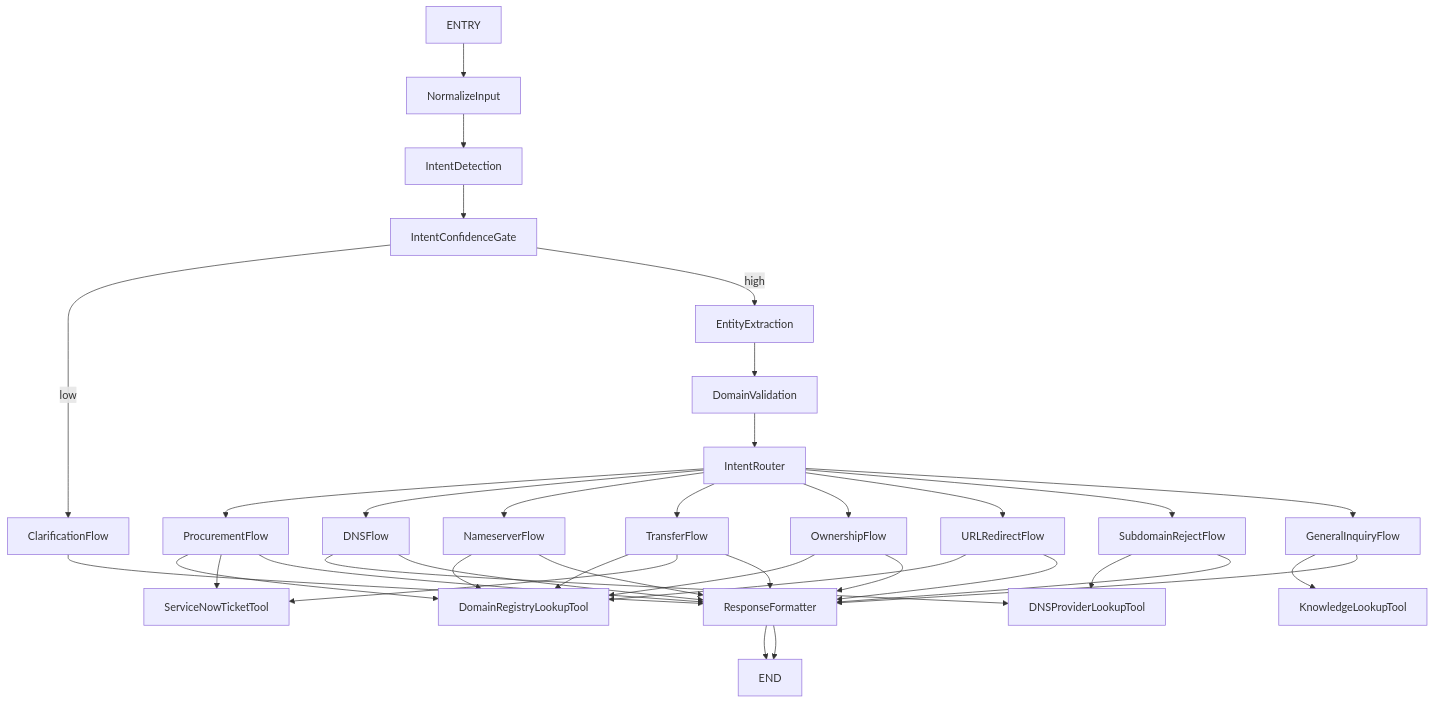
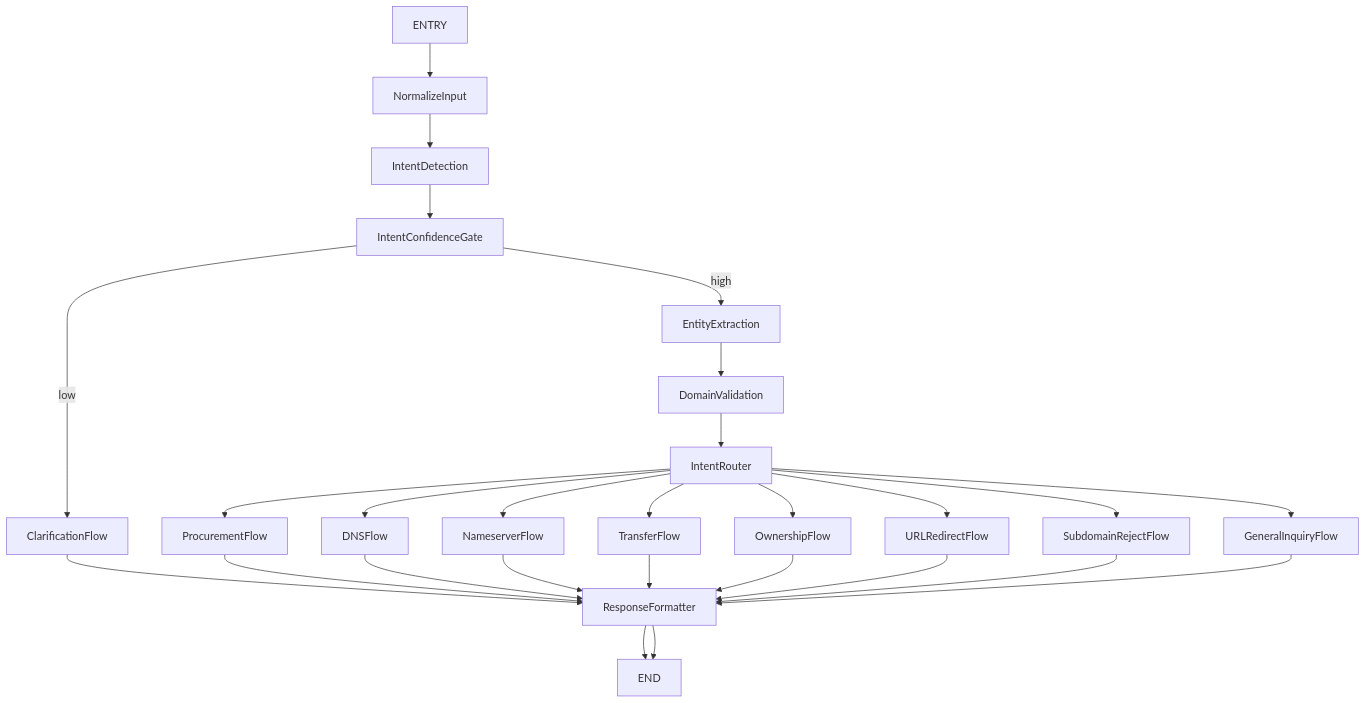
The diagram in hello.mermaid (ShreyasGandhi0607/LangGraph), drawn with Mermaid before and after one commit.

```diff
--- a/hello.mermaid
+++ b/hello.mermaid
@@ -1,47 +1,30 @@
 flowchart TD
     ENTRY --> NormalizeInput
     NormalizeInput --> IntentDetection
     IntentDetection --> IntentConfidenceGate
 
     IntentConfidenceGate -->|low| ClarificationFlow --> ResponseFormatter --> END
     IntentConfidenceGate -->|high| EntityExtraction
 
     EntityExtraction --> DomainValidation
     DomainValidation --> IntentRouter
 
     IntentRouter --> ProcurementFlow
     IntentRouter --> DNSFlow
     IntentRouter --> NameserverFlow
     IntentRouter --> TransferFlow
     IntentRouter --> OwnershipFlow
     IntentRouter --> URLRedirectFlow
     IntentRouter --> SubdomainRejectFlow
     IntentRouter --> GeneralInquiryFlow
 
-    ProcurementFlow --> DomainRegistryLookupTool
-    ProcurementFlow --> ServiceNowTicketTool
     ProcurementFlow --> ResponseFormatter
-
-    DNSFlow --> DNSProviderLookupTool
     DNSFlow --> ResponseFormatter
-
-    NameserverFlow --> DomainRegistryLookupTool
     NameserverFlow --> ResponseFormatter
-
-    TransferFlow --> DomainRegistryLookupTool
-    TransferFlow --> ServiceNowTicketTool
     TransferFlow --> ResponseFormatter
-
-    OwnershipFlow --> DomainRegistryLookupTool
     OwnershipFlow --> ResponseFormatter
-
-    URLRedirectFlow --> DomainRegistryLookupTool
     URLRedirectFlow --> ResponseFormatter
-
-    SubdomainRejectFlow --> DNSProviderLookupTool
     SubdomainRejectFlow --> ResponseFormatter
-
-    GeneralInquiryFlow --> KnowledgeLookupTool
     GeneralInquiryFlow --> ResponseFormatter
 
     ResponseFormatter --> END
```
